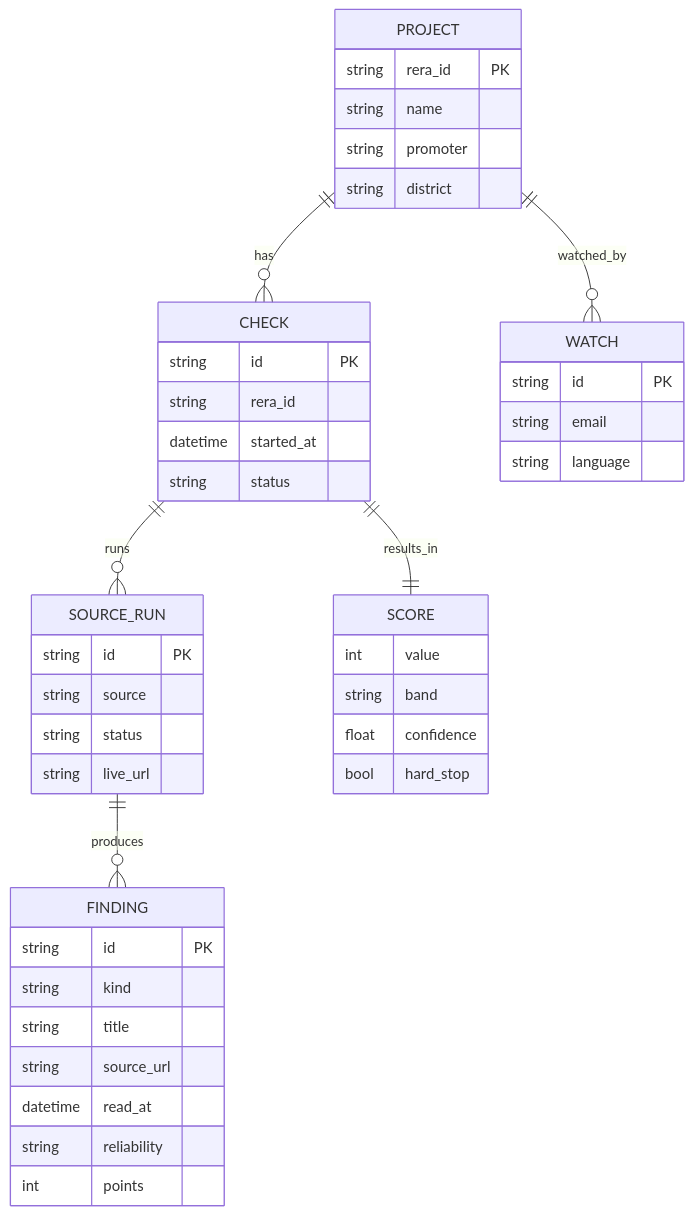
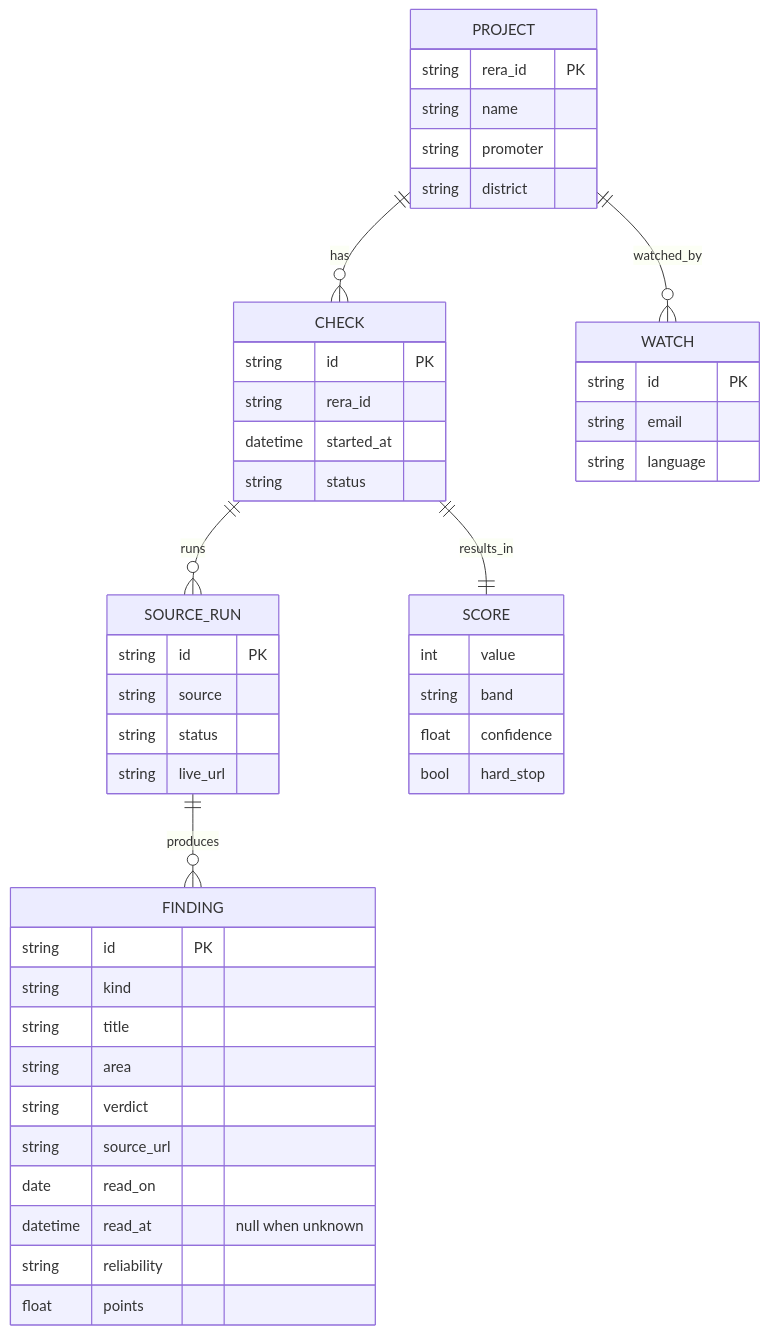
The second of 2 diagrams in docs/architecture.md (Nitinmittal373/HACKATHON_IIIT-DELHI_2026), drawn with Mermaid before and after one commit. The commit also changed other lines of this file and 6 other files, not shown here.

First line of the commit message:
docs: tick Phase 1 in the README roadmap and document the API

````diff
--- a/docs/architecture.md
+++ b/docs/architecture.md
@@ -67,47 +101,50 @@
 ```mermaid
 erDiagram
     PROJECT ||--o{ CHECK : has
     CHECK ||--o{ SOURCE_RUN : runs
     SOURCE_RUN ||--o{ FINDING : produces
     CHECK ||--|| SCORE : results_in
     PROJECT ||--o{ WATCH : watched_by
 
     PROJECT {
         string rera_id PK
         string name
         string promoter
         string district
     }
     CHECK {
         string id PK
         string rera_id
         datetime started_at
         string status
     }
     SOURCE_RUN {
         string id PK
         string source
         string status
         string live_url
     }
     FINDING {
         string id PK
         string kind
         string title
+        string area
+        string verdict
         string source_url
-        datetime read_at
+        date read_on
+        datetime read_at "null when unknown"
         string reliability
-        int points
+        float points
     }
     SCORE {
         int value
         string band
         float confidence
         bool hard_stop
     }
     WATCH {
         string id PK
         string email
         string language
     }
 ```
````
